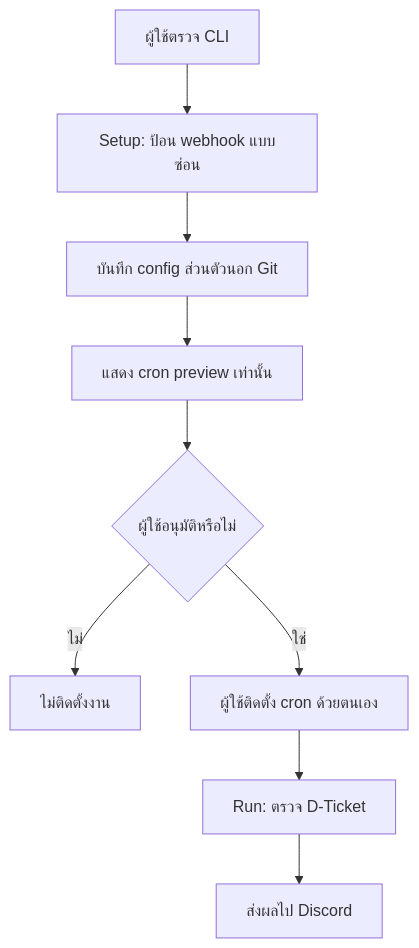
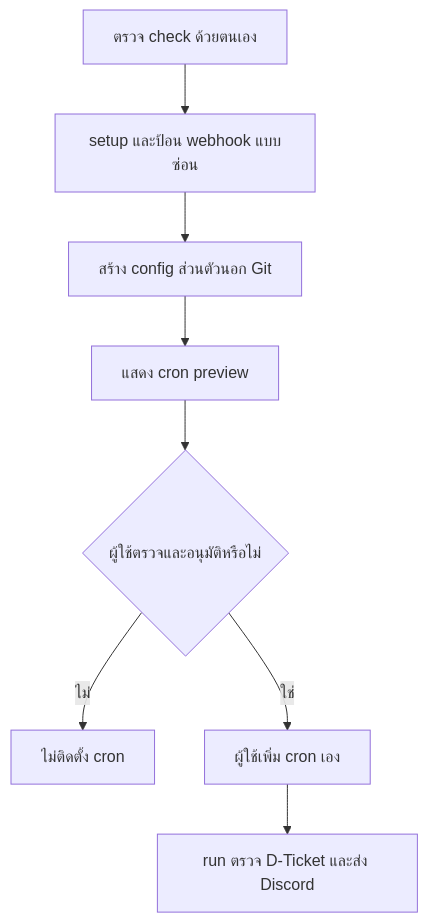
The diagram in README.th.md (bkt-cmyk/dticket-monitor), drawn with Mermaid before and after one commit. The commit also changed other lines of this file and 7 other files, not shown here.

````diff
--- a/README.th.md
+++ b/README.th.md
@@ -145,11 +62,10 @@
 ```mermaid
 flowchart TD
-    A[ผู้ใช้ตรวจ CLI] --> B[Setup: ป้อน webhook แบบซ่อน]
-    B --> C[บันทึก config ส่วนตัวนอก Git]
-    C --> D[แสดง cron preview เท่านั้น]
-    D --> E{ผู้ใช้อนุมัติหรือไม่}
-    E -- ไม่ --> F[ไม่ติดตั้งงาน]
-    E -- ใช่ --> G[ผู้ใช้ติดตั้ง cron ด้วยตนเอง]
-    G --> H[Run: ตรวจ D-Ticket]
-    H --> I[ส่งผลไป Discord]
+    A[ตรวจ check ด้วยตนเอง] --> B[setup และป้อน webhook แบบซ่อน]
+    B --> C[สร้าง config ส่วนตัวนอก Git]
+    C --> D[แสดง cron preview]
+    D --> E{ผู้ใช้ตรวจและอนุมัติหรือไม่}
+    E -- ไม่ --> F[ไม่ติดตั้ง cron]
+    E -- ใช่ --> G[ผู้ใช้เพิ่ม cron เอง]
+    G --> H[run ตรวจ D-Ticket และส่ง Discord]
 ```
````
